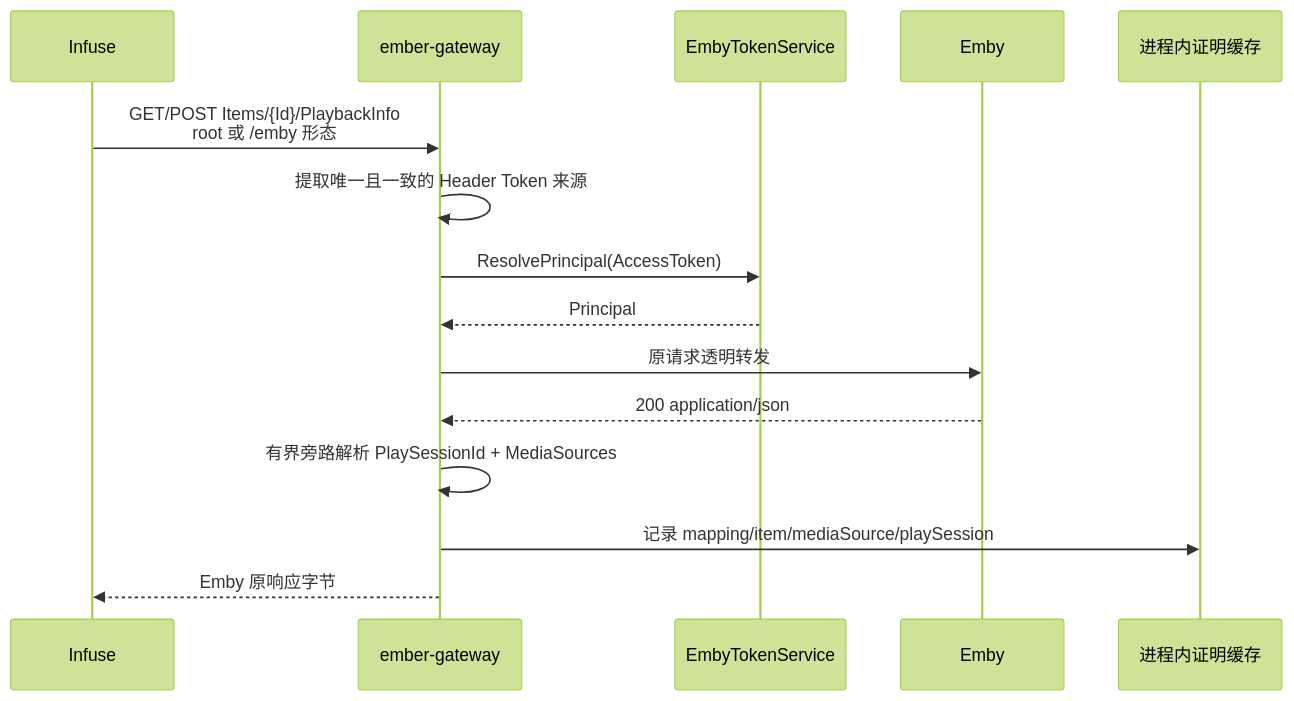
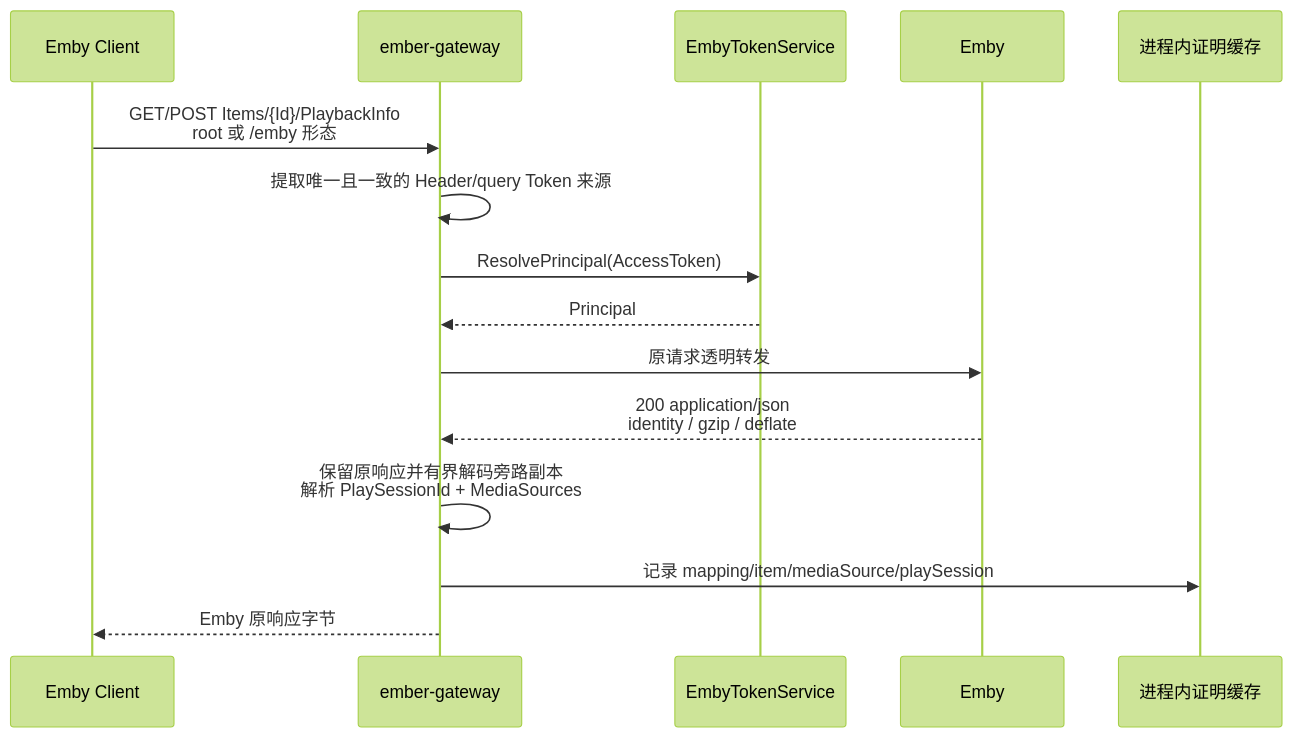
One commit to konghanghang/ember changed the fifth of 8 diagrams in docs/reference/p115-playback-end-to-end-flow.md. Above: the diagram before and after it, drawn with Mermaid (forest theme). The commit also changed other lines of this file and 17 other files, not shown here.

````diff
--- a/docs/reference/p115-playback-end-to-end-flow.md
+++ b/docs/reference/p115-playback-end-to-end-flow.md
@@ -190,18 +191,18 @@
 ```mermaid
 sequenceDiagram
-    participant Client as Infuse
+    participant Client as Emby Client
     participant Gateway as ember-gateway
     participant Token as EmbyTokenService
     participant Emby as Emby
     participant Proof as 进程内证明缓存
 
     Client->>Gateway: GET/POST Items/{Id}/PlaybackInfo<br/>root 或 /emby 形态
-    Gateway->>Gateway: 提取唯一且一致的 Header Token 来源
+    Gateway->>Gateway: 提取唯一且一致的 Header/query Token 来源
     Gateway->>Token: ResolvePrincipal(AccessToken)
     Token-->>Gateway: Principal
     Gateway->>Emby: 原请求透明转发
-    Emby-->>Gateway: 200 application/json
-    Gateway->>Gateway: 有界旁路解析 PlaySessionId + MediaSources
+    Emby-->>Gateway: 200 application/json<br/>identity / gzip / deflate
+    Gateway->>Gateway: 保留原响应并有界解码旁路副本<br/>解析 PlaySessionId + MediaSources
     Gateway->>Proof: 记录 mapping/item/mediaSource/playSession
     Gateway-->>Client: Emby 原响应字节
 ```
````
